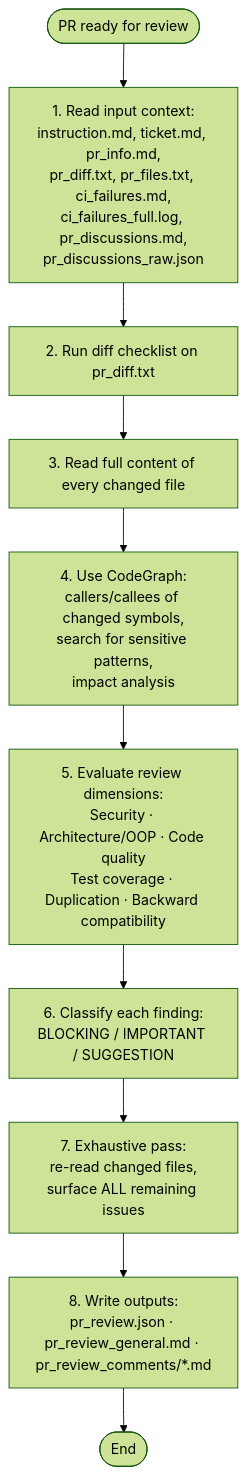
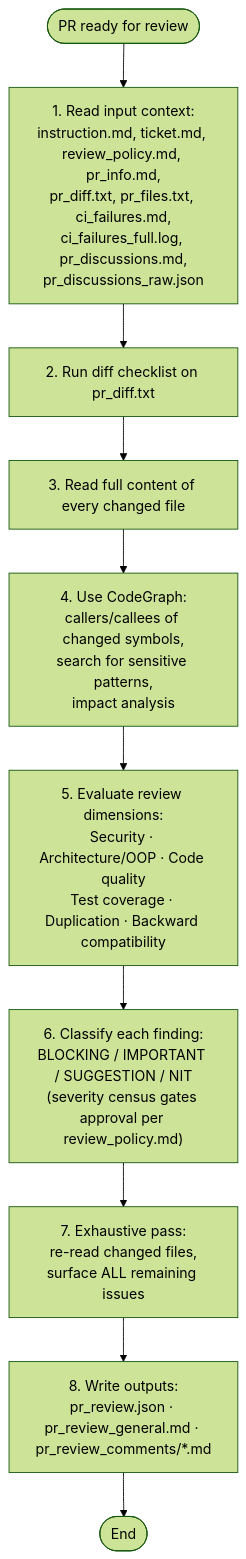
Before and after one commit to IstiN/dmtools-agents: the first of 2 diagrams in instructions/pr_review/general_guidelines.md, drawn with Mermaid (forest theme). The commit also changed other lines of this file and 53 other files, not shown here.

First line of the commit message:
gh-1351 [1328 step 2/4] reviewPolicy config + verdict layer: 4-tier severity, IMPORTANT gates approval, density control (#1357)

````diff
--- a/instructions/pr_review/general_guidelines.md
+++ b/instructions/pr_review/general_guidelines.md
@@ -5,12 +5,12 @@
 ```mermaid
 flowchart TD
-    START([PR ready for review]) --> READ["1. Read input context:<br/>instruction.md, ticket.md, pr_info.md,<br/>pr_diff.txt, pr_files.txt, ci_failures.md,<br/>ci_failures_full.log, pr_discussions.md,<br/>pr_discussions_raw.json"]
+    START([PR ready for review]) --> READ["1. Read input context:<br/>instruction.md, ticket.md, review_policy.md, pr_info.md,<br/>pr_diff.txt, pr_files.txt, ci_failures.md,<br/>ci_failures_full.log, pr_discussions.md,<br/>pr_discussions_raw.json"]
     READ --> DIFF["2. Run diff checklist on pr_diff.txt"]
     DIFF --> FILES["3. Read full content of every changed file"]
     FILES --> CODEGRAPH["4. Use CodeGraph:<br/>callers/callees of changed symbols,<br/>search for sensitive patterns,<br/>impact analysis"]
     CODEGRAPH --> DIMS["5. Evaluate review dimensions:<br/>Security · Architecture/OOP · Code quality<br/>Test coverage · Duplication · Backward compatibility"]
-    DIMS --> SEVERITY["6. Classify each finding:<br/>BLOCKING / IMPORTANT / SUGGESTION"]
+    DIMS --> SEVERITY["6. Classify each finding:<br/>BLOCKING / IMPORTANT / SUGGESTION / NIT<br/>(severity census gates approval per review_policy.md)"]
     SEVERITY --> EXHAUST["7. Exhaustive pass:<br/>re-read changed files,<br/>surface ALL remaining issues"]
     EXHAUST --> OUTPUT["8. Write outputs:<br/>pr_review.json · pr_review_general.md · pr_review_comments/*.md"]
     OUTPUT --> END([End])
 ```
````
